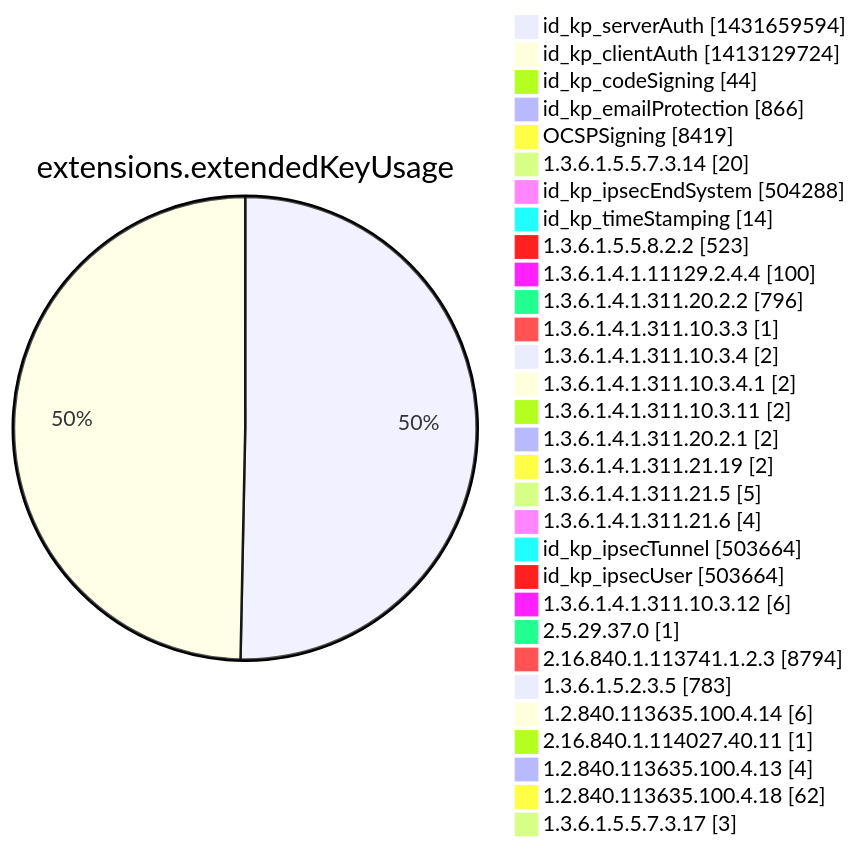
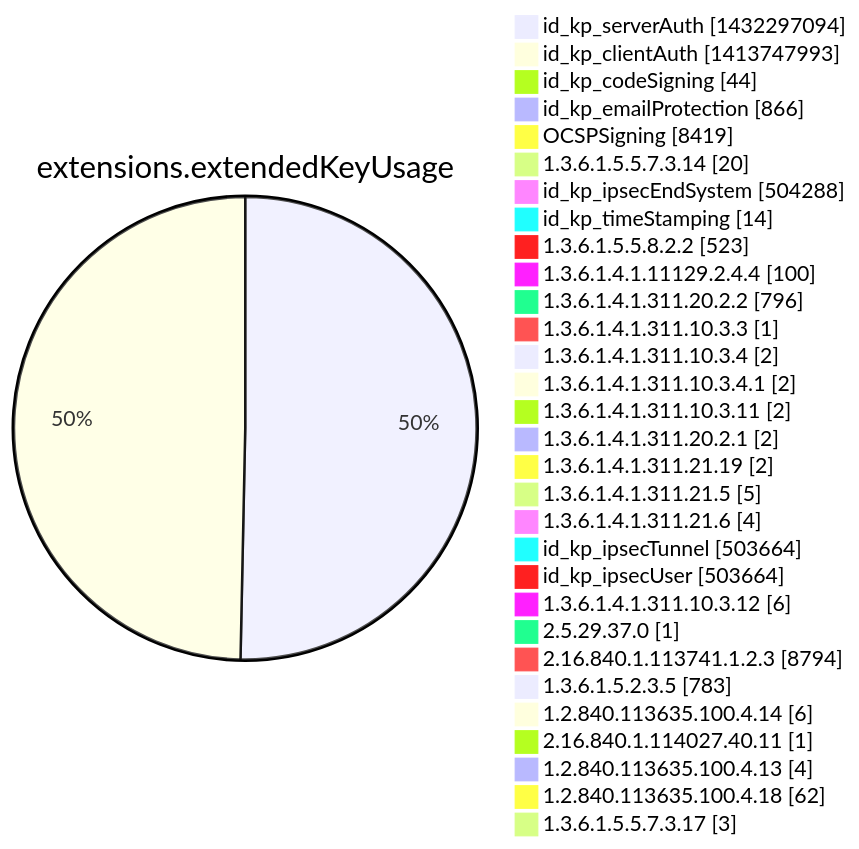
Diagram 12 of 15 in argon2022/README.md (christiankrug/ctmonitor_visualization), drawn with Mermaid before and after one commit. The commit also changed other lines of this file, not shown here.

````diff
--- a/argon2022/README.md
+++ b/argon2022/README.md
@@ -3555,34 +3555,34 @@
 ```mermaid
 pie showData
 title extensions.extendedKeyUsage
-"id_kp_serverAuth" :1431659594
-"id_kp_clientAuth" :1413129724
+"id_kp_serverAuth" :1432297094
+"id_kp_clientAuth" :1413747993
 "id_kp_codeSigning" :44
 "id_kp_emailProtection" :866
 "OCSPSigning" :8419
 "1.3.6.1.5.5.7.3.14" :20
 "id_kp_ipsecEndSystem" :504288
 "id_kp_timeStamping" :14
 "1.3.6.1.5.5.8.2.2" :523
 "1.3.6.1.4.1.11129.2.4.4" :100
 "1.3.6.1.4.1.311.20.2.2" :796
 "1.3.6.1.4.1.311.10.3.3" :1
 "1.3.6.1.4.1.311.10.3.4" :2
 "1.3.6.1.4.1.311.10.3.4.1" :2
 "1.3.6.1.4.1.311.10.3.11" :2
 "1.3.6.1.4.1.311.20.2.1" :2
 "1.3.6.1.4.1.311.21.19" :2
 "1.3.6.1.4.1.311.21.5" :5
 "1.3.6.1.4.1.311.21.6" :4
 "id_kp_ipsecTunnel" :503664
 "id_kp_ipsecUser" :503664
 "1.3.6.1.4.1.311.10.3.12" :6
 "2.5.29.37.0" :1
 "2.16.840.1.113741.1.2.3" :8794
 "1.3.6.1.5.2.3.5" :783
 "1.2.840.113635.100.4.14" :6
 "2.16.840.1.114027.40.11" :1
 "1.2.840.113635.100.4.13" :4
 "1.2.840.113635.100.4.18" :62
 "1.3.6.1.5.5.7.3.17" :3
 ```
````
